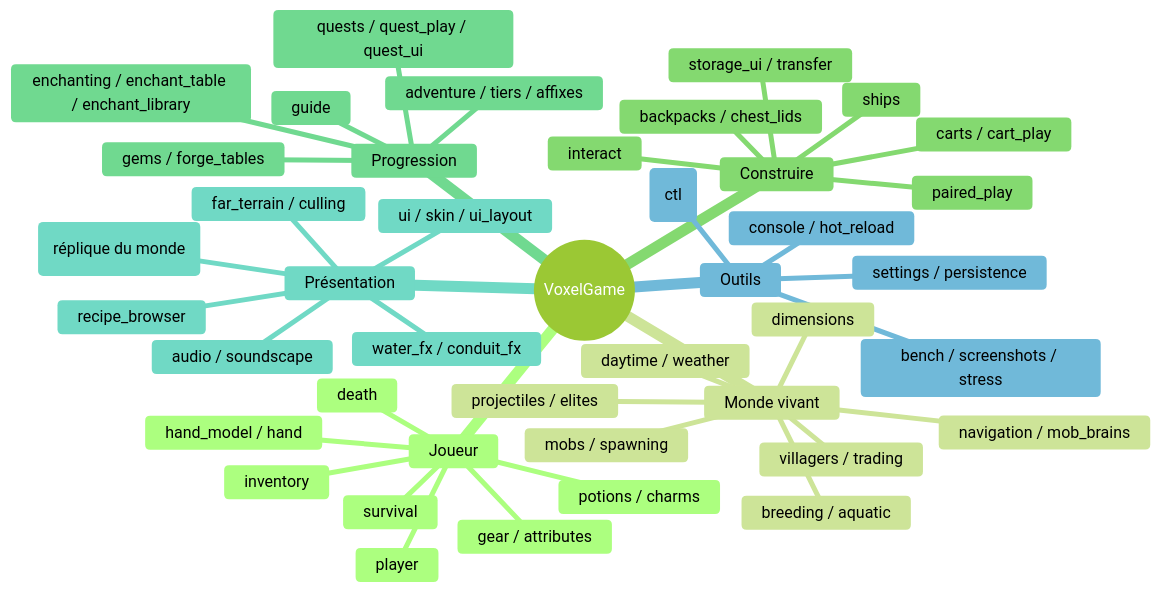
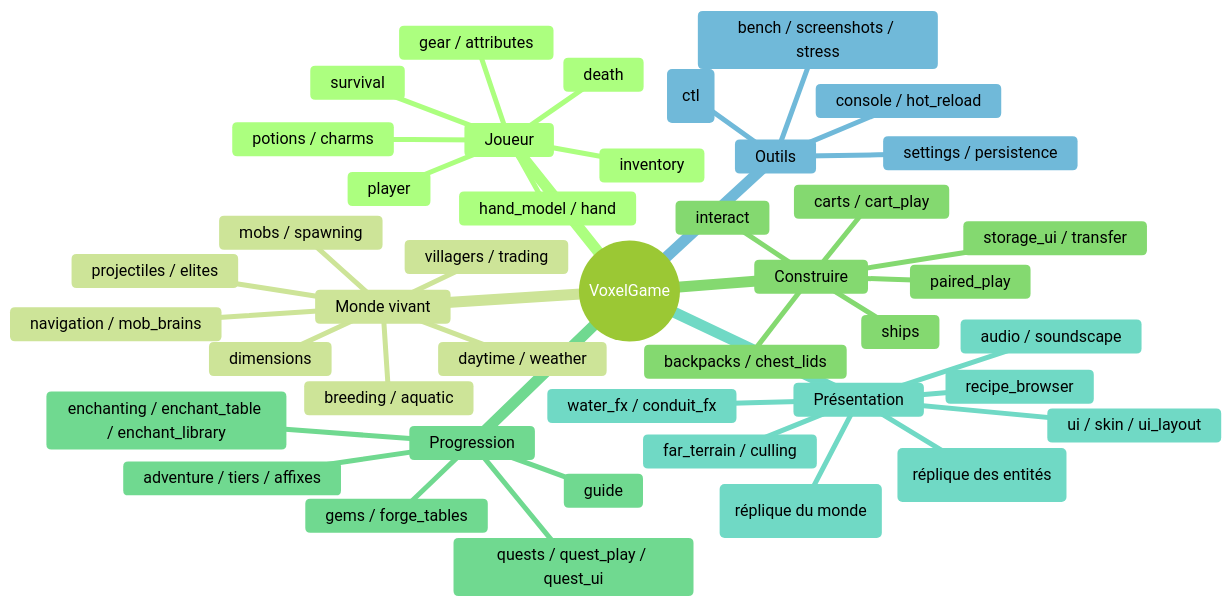
The second of 2 diagrams in docs/moteur/07-jeu.md (benjiGir/rust-engine), drawn with Mermaid (forest theme) before and after one commit. The commit also changed other lines of this file and 28 other files, not shown here.

First line of the commit message:
Multijoueur, lot 3b : les entités côté client

````diff
--- a/docs/moteur/07-jeu.md
+++ b/docs/moteur/07-jeu.md
@@ -31,45 +31,46 @@
 ```mermaid
 mindmap
   root((VoxelGame))
     Joueur
       player
       inventory
       hand_model / hand
       survival
       death
       gear / attributes
       potions / charms
     Monde vivant
       mobs / spawning
       navigation / mob_brains
       breeding / aquatic
       villagers / trading
       projectiles / elites
       daytime / weather
       dimensions
     Construire
       interact
       storage_ui / transfer
       backpacks / chest_lids
       carts / cart_play
       ships
       paired_play
     Progression
       quests / quest_play / quest_ui
       adventure / tiers / affixes
       enchanting / enchant_table / enchant_library
       gems / forge_tables
       guide
     Présentation
       ui / skin / ui_layout
       recipe_browser
       audio / soundscape
       water_fx / conduit_fx
       far_terrain / culling
       client_world (réplique du monde)
+      client_entities / entity_render (réplique des entités)
     Outils
       control (ctl)
       bench / screenshots / stress
       console / hot_reload
       settings / persistence
 ```
````
